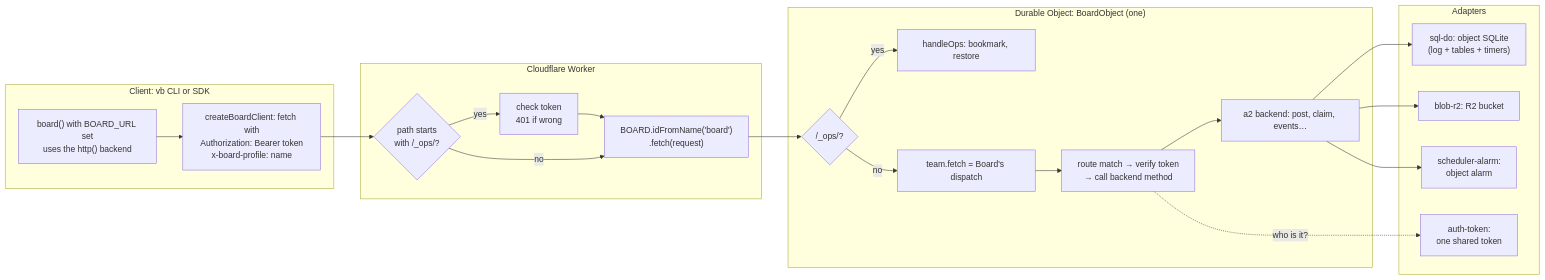
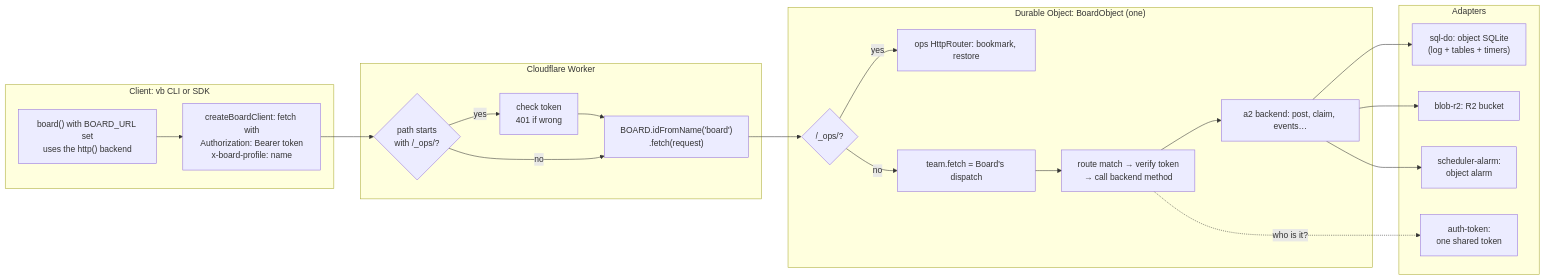
One commit to pruett/board changed the diagram in docs/architecture/01-request-flow.md. Above: the diagram before and after it, drawn with Mermaid. The commit also changed other lines of this file and 17 other files, not shown here.

First line of the commit message:
host-cloudflare: one ManagedRuntime per Durable Object from Layers; /_ops/ on effect/http HttpRouter

````diff
--- a/docs/architecture/01-request-flow.md
+++ b/docs/architecture/01-request-flow.md
@@ -5,35 +5,35 @@
 ```mermaid
 flowchart LR
   subgraph Client["Client: vb CLI or SDK"]
     C1["board() with BOARD_URL set<br/>uses the http() backend"]
     C2["createBoardClient: fetch with<br/>Authorization: Bearer token<br/>x-board-profile: name"]
   end
   subgraph Worker["Cloudflare Worker"]
     W1{"path starts<br/>with /_ops/?"}
     W2["check token<br/>401 if wrong"]
     W3["BOARD.idFromName('board')<br/>.fetch(request)"]
   end
   subgraph DO["Durable Object: BoardObject (one)"]
     D1{"/_ops/?"}
-    D2["handleOps: bookmark, restore"]
+    D2["ops HttpRouter: bookmark, restore"]
     D3["team.fetch = Board's dispatch"]
     D4["route match → verify token<br/>→ call backend method"]
     D5["a2 backend: post, claim, events…"]
   end
   subgraph Adapters
     A1["sql-do: object SQLite<br/>(log + tables + timers)"]
     A2["blob-r2: R2 bucket"]
     A3["scheduler-alarm:<br/>object alarm"]
     A4["auth-token:<br/>one shared token"]
   end
   C1 --> C2 --> W1
   W1 -- yes --> W2 --> W3
   W1 -- no --> W3
   W3 --> D1
   D1 -- yes --> D2
   D1 -- no --> D3 --> D4 --> D5
   D4 -. who is it? .-> A4
   D5 --> A1
   D5 --> A2
   D5 --> A3
 ```
````
